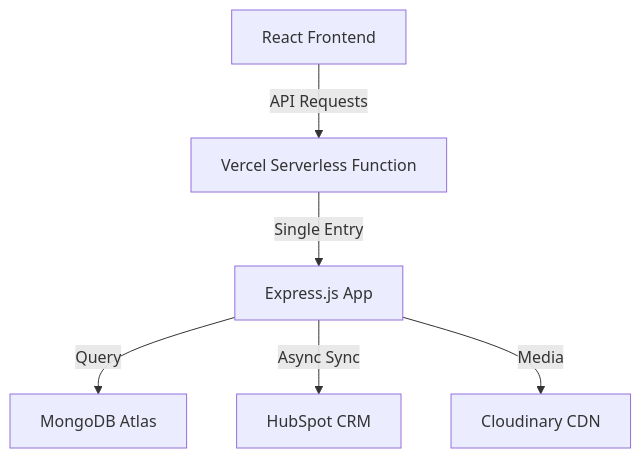
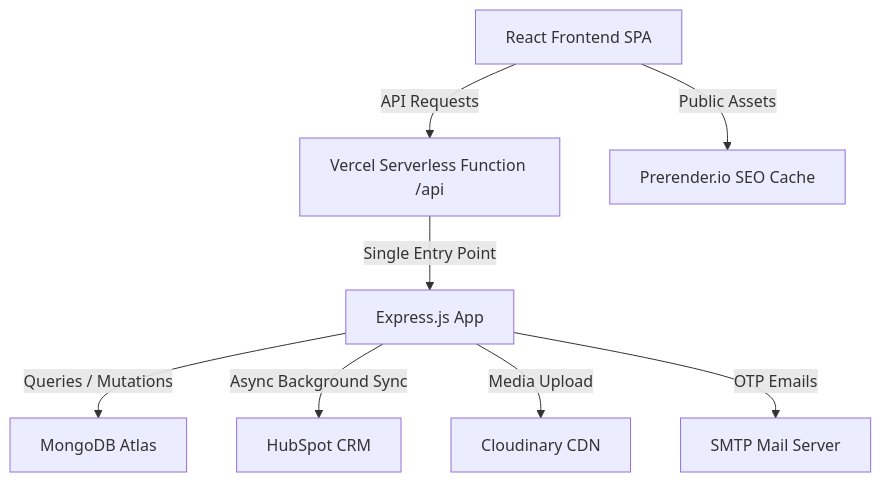
Before and after one commit to Mahmoud-Badawy1/marketing-agency01: the diagram in documentation/ARCHITECTURE.md, drawn with Mermaid. The commit also changed other lines of this file and 300 other files, not shown here.

````diff
--- a/documentation/ARCHITECTURE.md
+++ b/documentation/ARCHITECTURE.md
@@ -10,8 +10,10 @@
 ```mermaid
 graph TD
-    Client[React Frontend] -->|API Requests| Vercel[Vercel Serverless Function]
-    Vercel -->|Single Entry| Express[Express.js App]
-    Express -->|Query| MongoDB[MongoDB Atlas]
-    Express -->|Async Sync| HubSpot[HubSpot CRM]
-    Express -->|Media| Cloudinary[Cloudinary CDN]
+    Client[React Frontend SPA] -->|API Requests| Vercel[Vercel Serverless Function /api]
+    Vercel -->|Single Entry Point| Express[Express.js App]
+    Express -->|Queries / Mutations| MongoDB[MongoDB Atlas]
+    Express -->|Async Background Sync| HubSpot[HubSpot CRM]
+    Express -->|Media Upload| Cloudinary[Cloudinary CDN]
+    Express -->|OTP Emails| SMTP[SMTP Mail Server]
+    Client -->|Public Assets| Prerender[Prerender.io SEO Cache]
 ```
````
